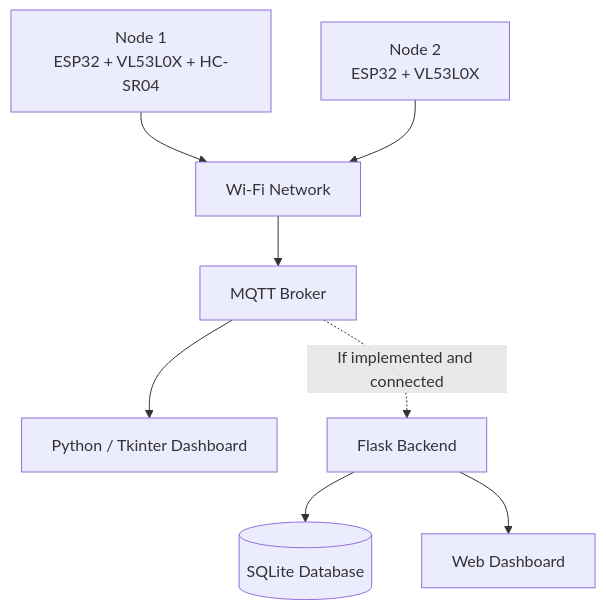
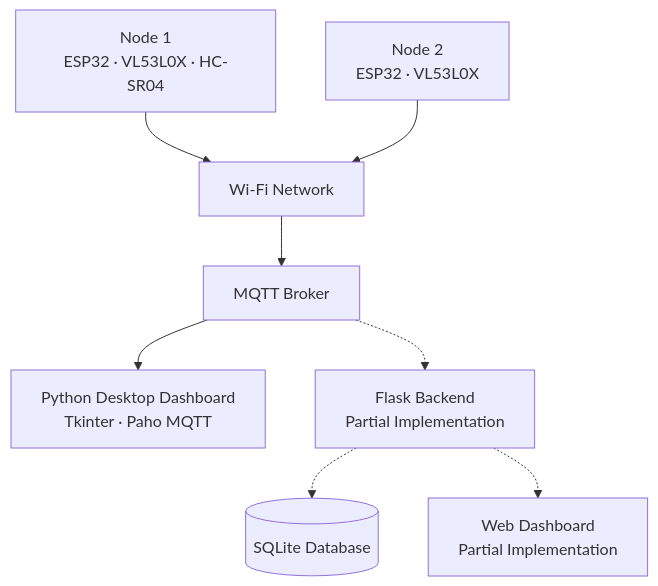
Before and after one commit to Touka-Juini/real-time-traffic-monitoring-system: the diagram in README.md, drawn with Mermaid. The commit also changed other lines of this file, not shown here.

````diff
--- a/README.md
+++ b/README.md
@@ -13,20 +16,17 @@
 ```mermaid
 flowchart TD
-    A["Node 1<br/>ESP32 + VL53L0X + HC-SR04"]
-    B["Node 2<br/>ESP32 + VL53L0X"]
-
+    A["Node 1<br/>ESP32 · VL53L0X · HC-SR04"]
+    B["Node 2<br/>ESP32 · VL53L0X"]
     C["Wi-Fi Network"]
     D["MQTT Broker"]
-    E["Python / Tkinter Dashboard"]
-    F["Flask Backend"]
-    G[("SQLite Database")]
-    H["Web Dashboard"]
+    E["Python Desktop Dashboard<br/>Tkinter · Paho MQTT"]
 
     A --> C
     B --> C
     C --> D
     D --> E
-    D -. "If implemented and connected" .-> F
-    F --> G
-    F --> H
+
+    D -.-> F["Flask Backend<br/>Partial Implementation"]
+    F -.-> G[("SQLite Database")]
+    F -.-> H["Web Dashboard<br/>Partial Implementation"]
 ```
````
